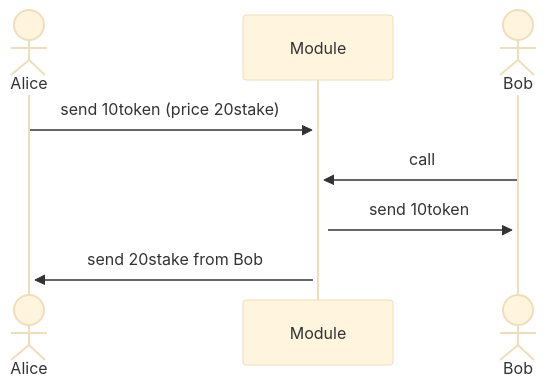
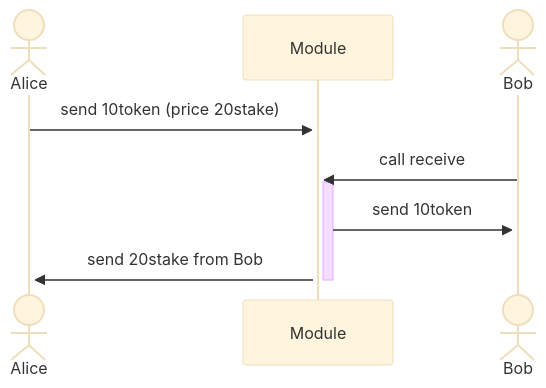
One commit to devnova777/cosmos-trustless-swap changed the diagram in README.md. Above: the diagram before and after it, drawn with Mermaid (base theme).

````diff
--- a/README.md
+++ b/README.md
@@ -9,10 +9,12 @@
 ```mermaid
   sequenceDiagram
       actor Alice
       participant Module
       actor Bob
       Alice ->>+ Module: send 10token (price 20stake)
-      Bob ->>+ Module: call
+      Bob ->>+ Module: call receive
+      activate Module
       Module ->>+ Bob: send 10token 
       Module ->>+ Alice: send 20stake from Bob
+      deactivate Module
 ```
````
